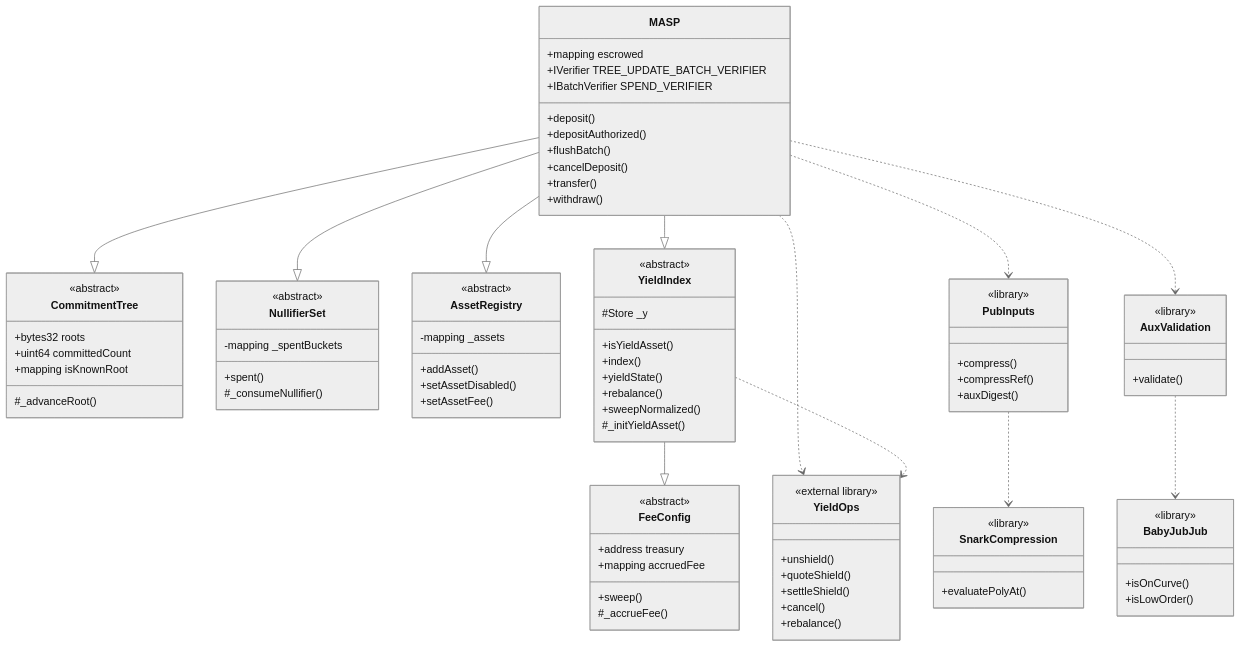
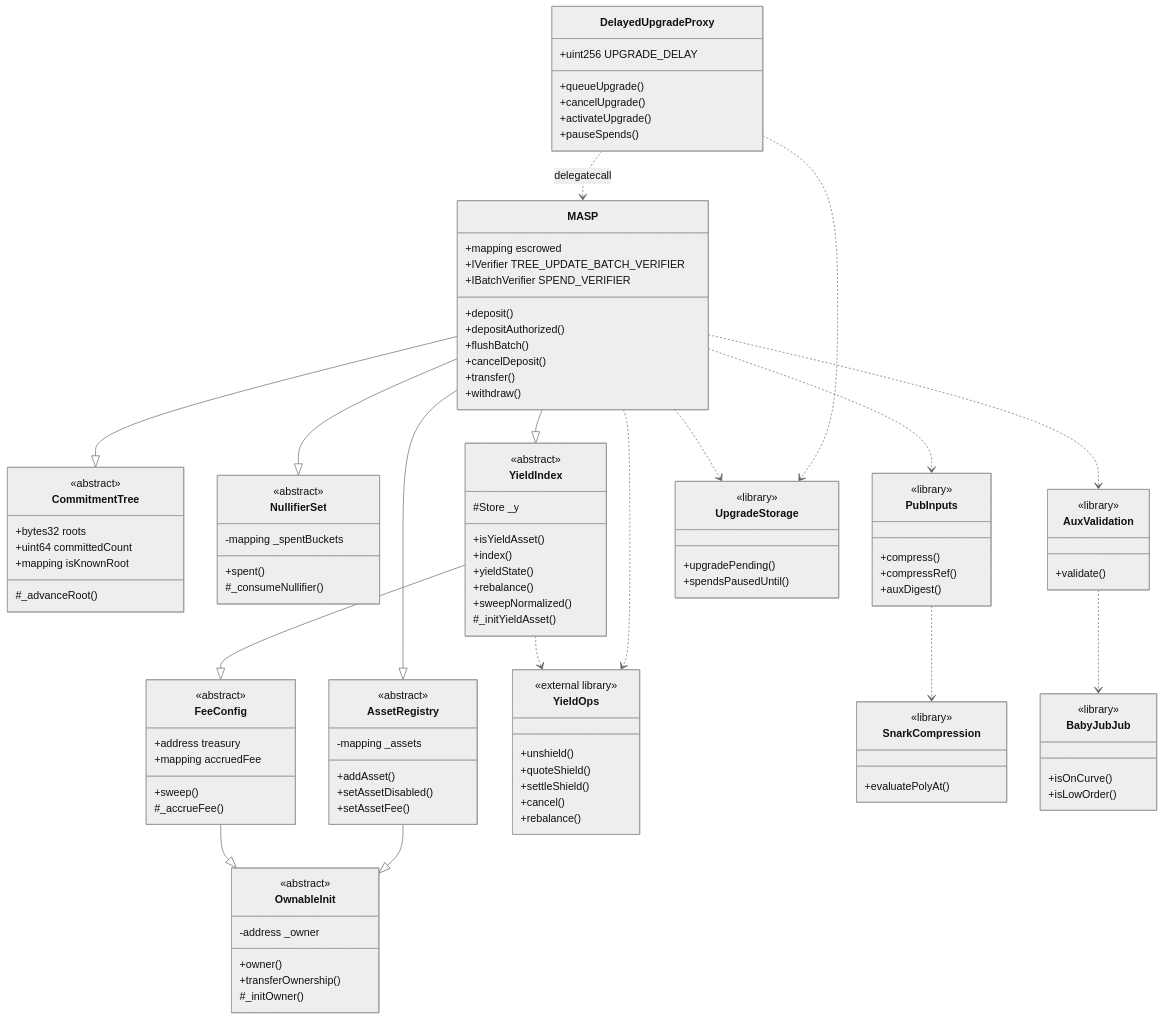
The second of 11 diagrams in src/README.md (lelantos-org/contracts), drawn with Mermaid (neutral theme) before and after one commit. The commit also changed other lines of this file and 291 other files, not shown here.

```diff
--- a/src/README.md
+++ b/src/README.md
@@ -151,7 +152,31 @@
     +isOnCurve()
     +isLowOrder()
   }
+  class OwnableInit {
+    <<abstract>>
+    -address _owner
+    +owner()
+    +transferOwnership()
+    #_initOwner()
+  }
+  class DelayedUpgradeProxy {
+    +uint256 UPGRADE_DELAY
+    +queueUpgrade()
+    +cancelUpgrade()
+    +activateUpgrade()
+    +pauseSpends()
+  }
+  class UpgradeStorage {
+    <<library>>
+    +upgradePending()
+    +spendsPausedUntil()
+  }
 
+  DelayedUpgradeProxy ..> MASP : delegatecall
+  DelayedUpgradeProxy ..> UpgradeStorage
+  MASP ..> UpgradeStorage
+  AssetRegistry --|> OwnableInit
+  FeeConfig --|> OwnableInit
   MASP --|> CommitmentTree
   MASP --|> NullifierSet
   MASP --|> AssetRegistry
```
